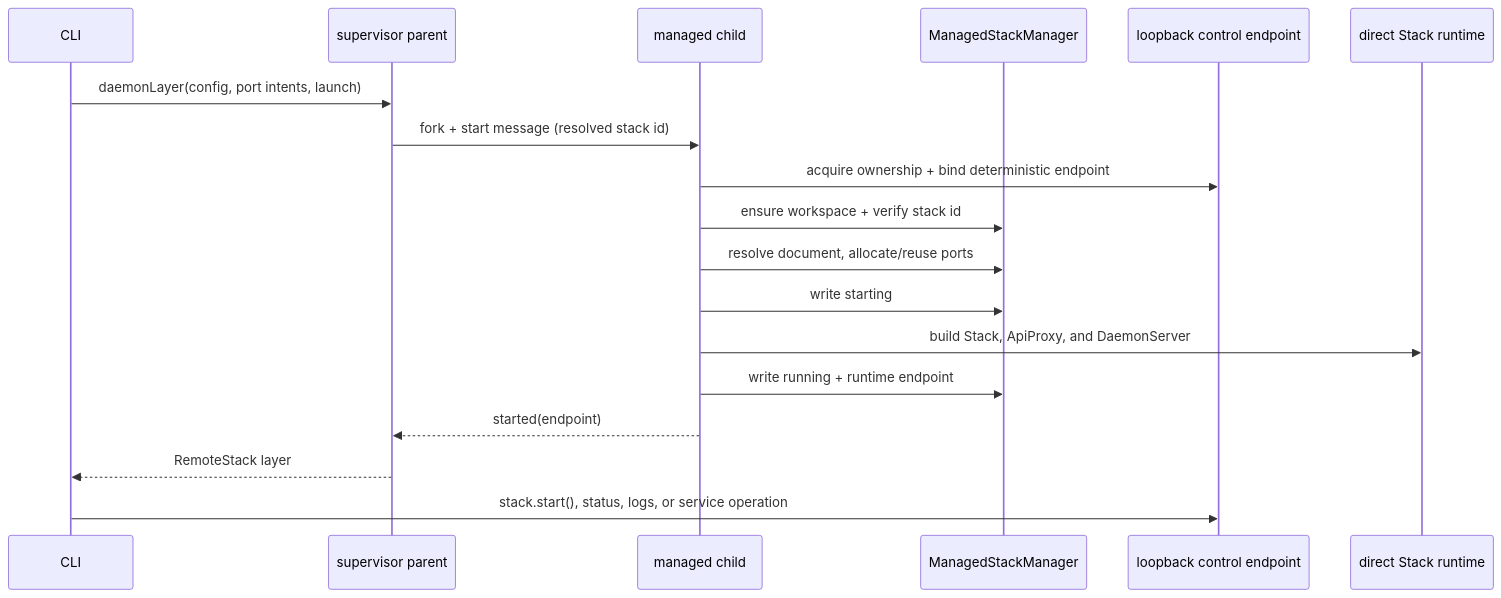
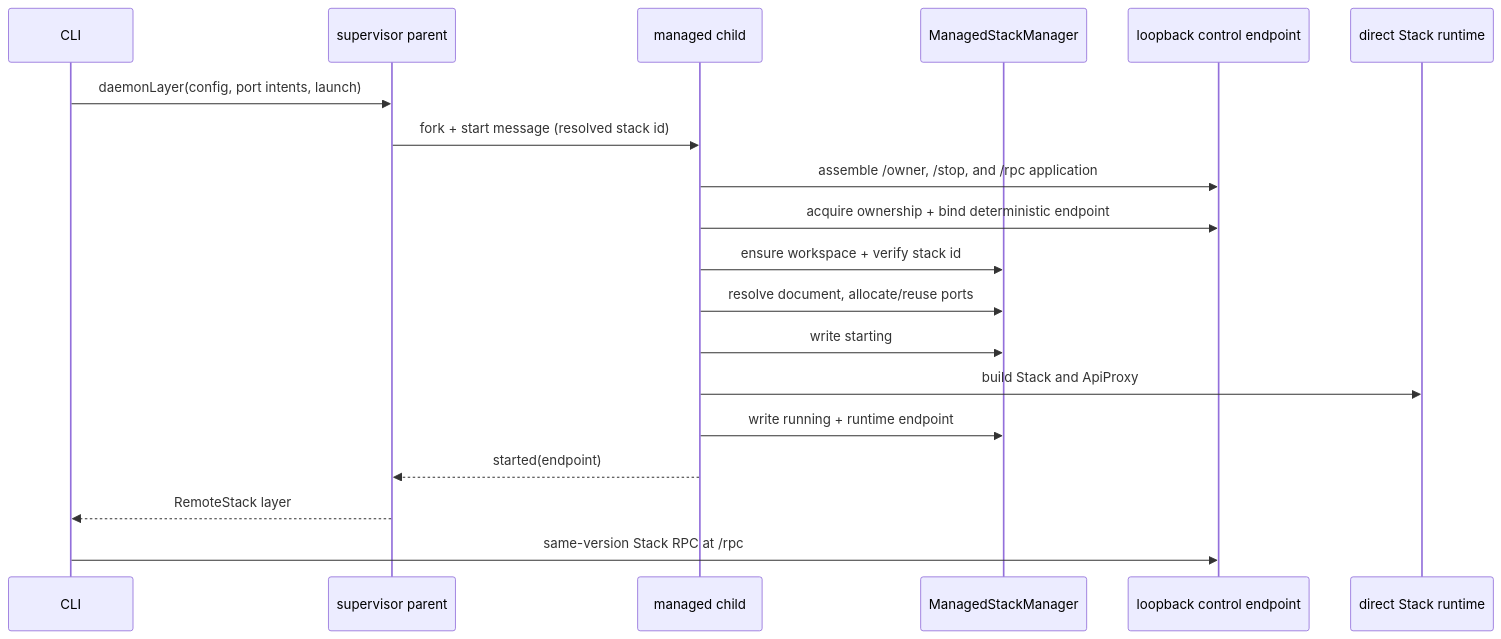
The diagram in packages/stack/docs/architecture.md (supabase/cli), drawn with Mermaid before and after one commit. The commit also changed other lines of this file and 101 other files, not shown here.

First line of the commit message:
feat(stack): replace remote runtime protocol with Effect RPC (#6303)

````diff
--- a/packages/stack/docs/architecture.md
+++ b/packages/stack/docs/architecture.md
@@ -27,21 +29,22 @@
 ```mermaid
 sequenceDiagram
     participant CLI
     participant Parent as supervisor parent
     participant Child as managed child
     participant Manager as ManagedStackManager
     participant Control as loopback control endpoint
     participant Runtime as direct Stack runtime
 
     CLI->>Parent: daemonLayer(config, port intents, launch)
     Parent->>Child: fork + start message (resolved stack id)
+    Child->>Control: assemble /owner, /stop, and /rpc application
     Child->>Control: acquire ownership + bind deterministic endpoint
     Child->>Manager: ensure workspace + verify stack id
     Child->>Manager: resolve document, allocate/reuse ports
     Child->>Manager: write starting
-    Child->>Runtime: build Stack, ApiProxy, and DaemonServer
+    Child->>Runtime: build Stack and ApiProxy
     Child->>Manager: write running + runtime endpoint
     Child-->>Parent: started(endpoint)
     Parent-->>CLI: RemoteStack layer
-    CLI->>Control: stack.start(), status, logs, or service operation
+    CLI->>Control: same-version Stack RPC at /rpc
 ```
````
